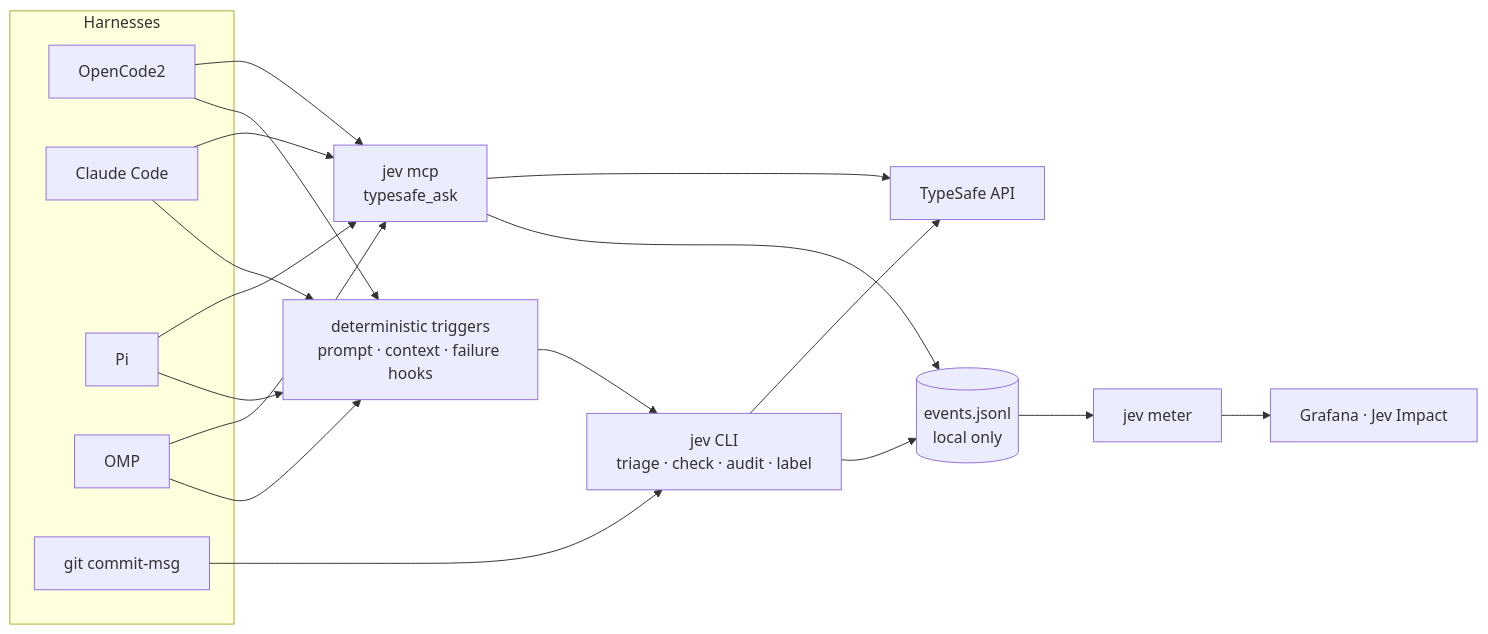
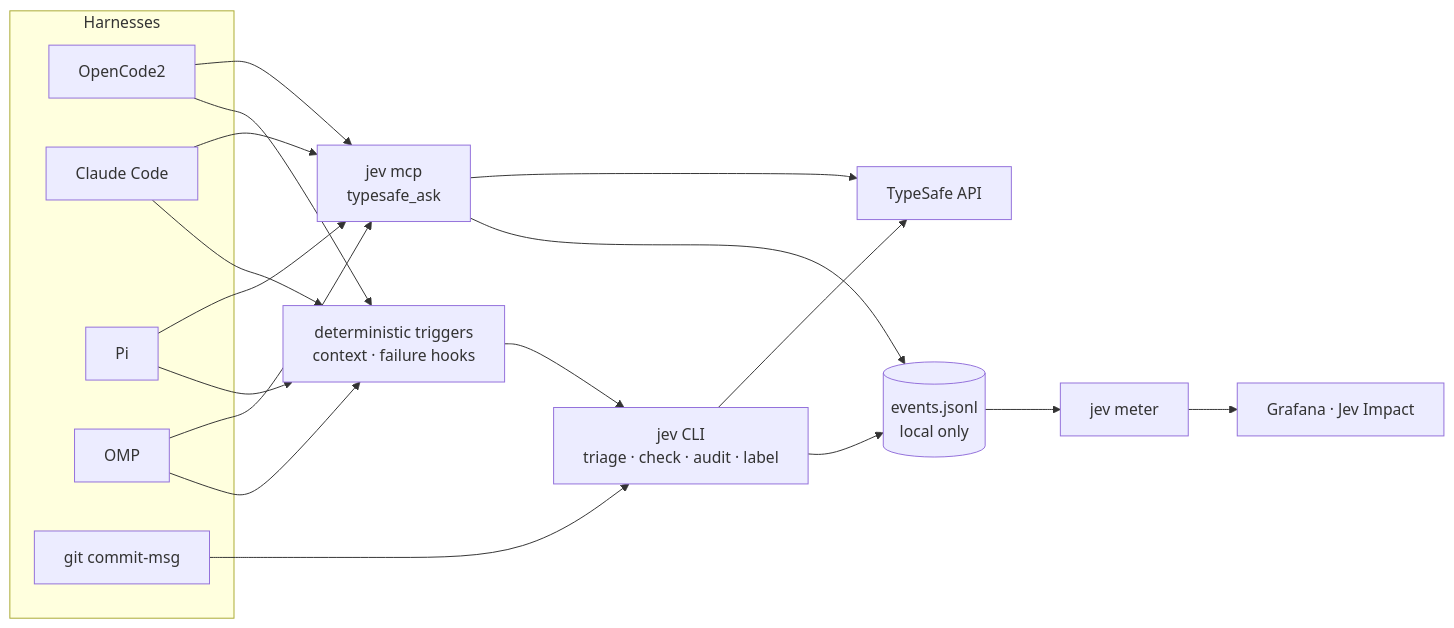
Before and after one commit to jbt95/jev-toolkit: the diagram in README.md, drawn with Mermaid. The commit also changed other lines of this file and 3 other files, not shown here.

First line of the commit message:
fix(opencode2): inject the prompt directive from the context hook

````diff
--- a/README.md
+++ b/README.md
@@ -11,23 +11,23 @@
 ```mermaid
 flowchart LR
   subgraph H["Harnesses"]
     OC["OpenCode2"]
     CC["Claude Code"]
     PI["Pi"]
     OMP["OMP"]
     GH["git commit-msg"]
   end
   MCP["jev mcp<br/>typesafe_ask"]
-  TRIG["deterministic triggers<br/>prompt · context · failure hooks"]
+  TRIG["deterministic triggers<br/>context · failure hooks"]
   CLI["jev CLI<br/>triage · check · audit · label"]
   API["TypeSafe API"]
   LOG[("events.jsonl<br/>local only")]
   METER["jev meter"]
   GRAF["Grafana · Jev Impact"]
 
   OC & CC & PI & OMP --> MCP --> API
   OC & CC & PI & OMP --> TRIG --> CLI
   GH --> CLI
   CLI --> API
   MCP & CLI --> LOG --> METER --> GRAF
 ```
````
